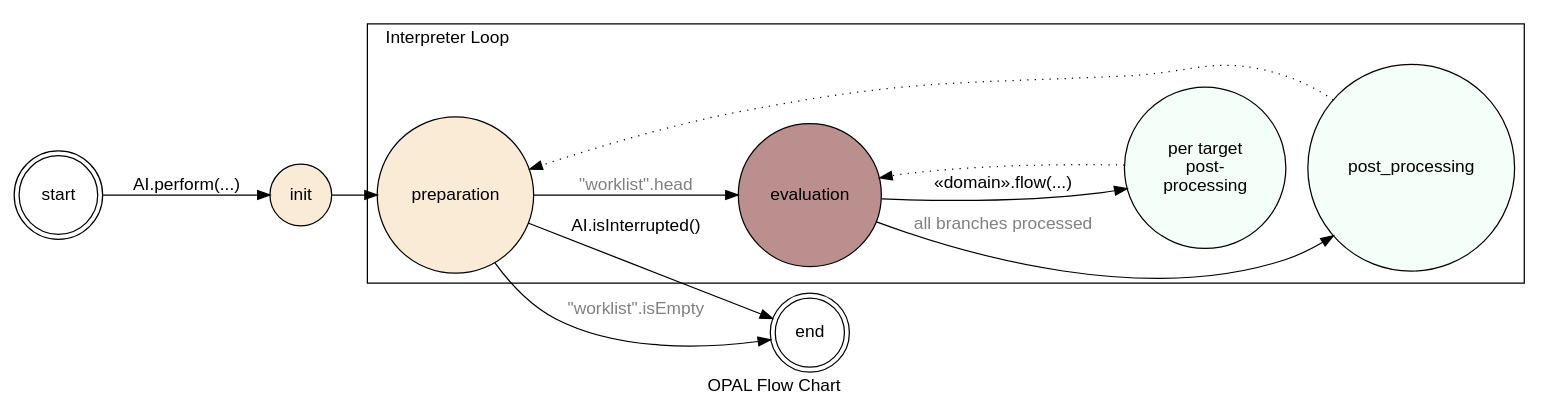
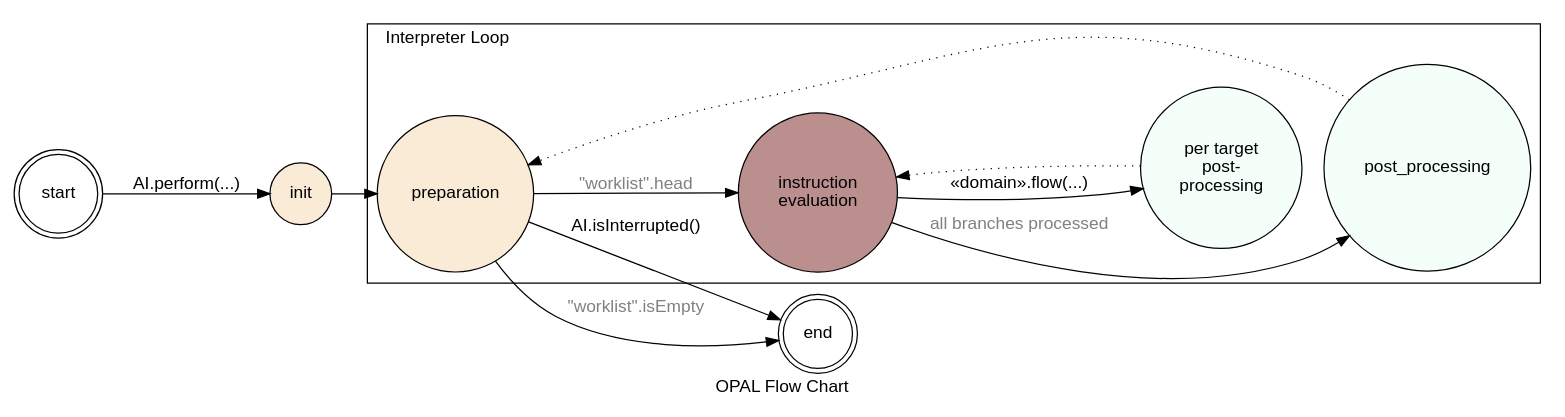
Before and after one commit to opalj/opal: the diagram in OPAL/ai/src/main/scala/org/opalj/ai/OPAL-StateDiagram.dot, drawn with Graphviz.

Commit message:
update to make it easier to comprehend

```diff
--- a/OPAL/ai/src/main/scala/org/opalj/ai/OPAL-StateDiagram.dot
+++ b/OPAL/ai/src/main/scala/org/opalj/ai/OPAL-StateDiagram.dot
@@ -1,43 +1,43 @@
 # STATE DIAGRAM FOR OPAL AI
 
 digraph OPAL {
 	compound=true;
 	fontname=Helvetica;
 	node [shape=circle];
 	node [fontname=Helvetica];
 	edge [fontname=Helvetica];
 
 	rankdir = LR;
 	{rank = source; start;};
 	{rank = sink; end;};
 		
 	subgraph cluster_interpretation {
 
 		rankdir = LR;
 		{rank = source; preparation;};
 		{rank=sink; post_processing;}
 	 	preparation -> evaluation [label="\"worklist\".head",fontcolor="gray"];
 		evaluation -> propagation [label="«domain».flow(...)"];
 		propagation -> evaluation [style=dotted];
 		evaluation -> post_processing [label="all branches processed",fontcolor="gray"];
 		post_processing -> preparation [style=dotted];
 		
-		evaluation [style=filled,fillcolor=rosybrown];
+		evaluation [label="instruction\nevaluation",style=filled,fillcolor=rosybrown];
 		propagation [label="per target\n post-\nprocessing",style=filled,fillcolor=mintcream];
 		preparation [style=filled,fillcolor=antiquewhite];
 		post_processing [style=filled,fillcolor=mintcream];
 
 		label="Interpreter Loop";
 		labeljust=l;
 	 }
 	 
 	 preparation -> end [label="AI.isInterrupted()"]
 	 preparation -> end [label="\"worklist\".isEmpty",fontcolor="gray"]
 	 start -> init [label="AI.perform(...)"];
 	 init -> preparation;
 
      init [style=filled,fillcolor=antiquewhite];	 
 	 start [shape=doublecircle];
 	 end [shape=doublecircle];
 	 label = "OPAL Flow Chart";
  }
```
